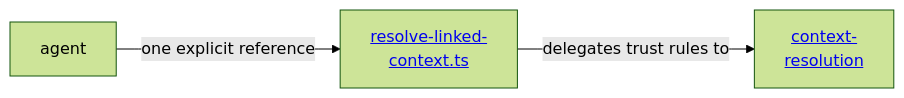
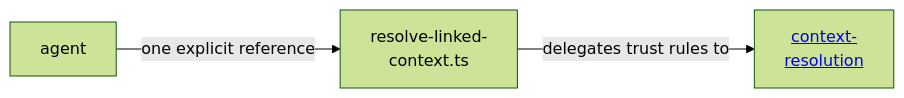
Before and after one commit to abstract-business-systems/as-is: the diagram in tools/context/as-is.md, drawn with Mermaid (forest theme). The commit also changed 8 other files, not shown here.

Commit message:
feat(tools): conform record diagrams and bootstrap mermaid renderer dependency

````diff
--- a/tools/context/as-is.md
+++ b/tools/context/as-is.md
@@ -15,8 +15,8 @@
 ```mermaid
 flowchart LR
     Caller["agent"]
-    ResolveLinkedContext["<a href='./resolve-linked-context.ts'>resolve-linked-<br/>context.ts</a>"]
+    ResolveLinkedContext["resolve-linked-<br/>context.ts"]
     ContextResolution["<a href='../../core/modules/context-resolution/as-is.md#design'>context-<br/>resolution</a>"]
     Caller -->|one explicit reference| ResolveLinkedContext
     ResolveLinkedContext -->|delegates trust rules to| ContextResolution
 ```
````
